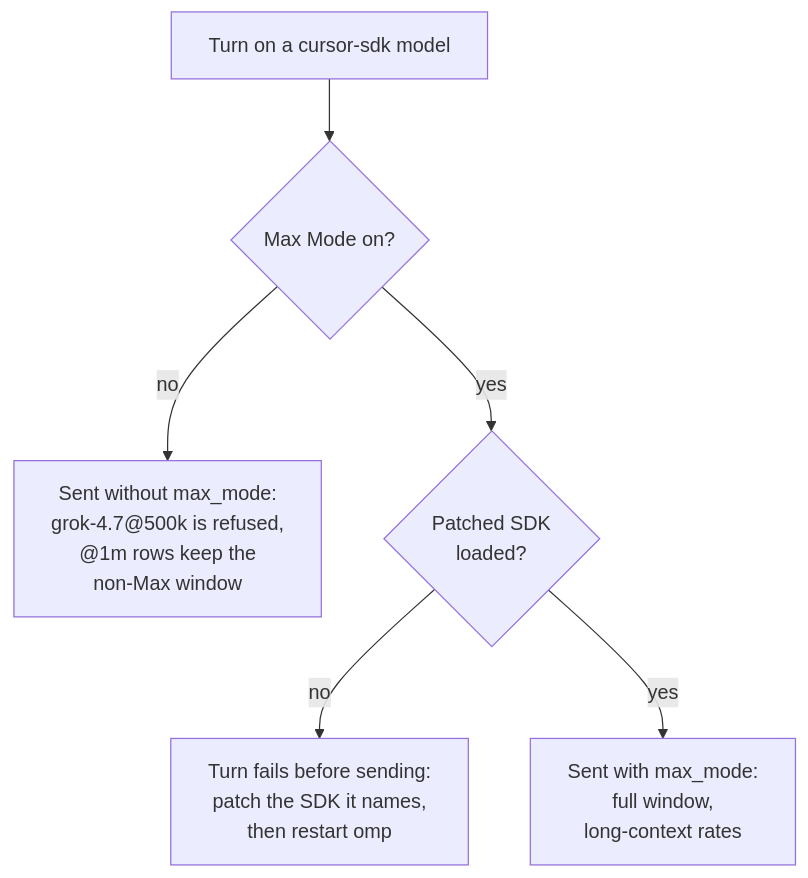
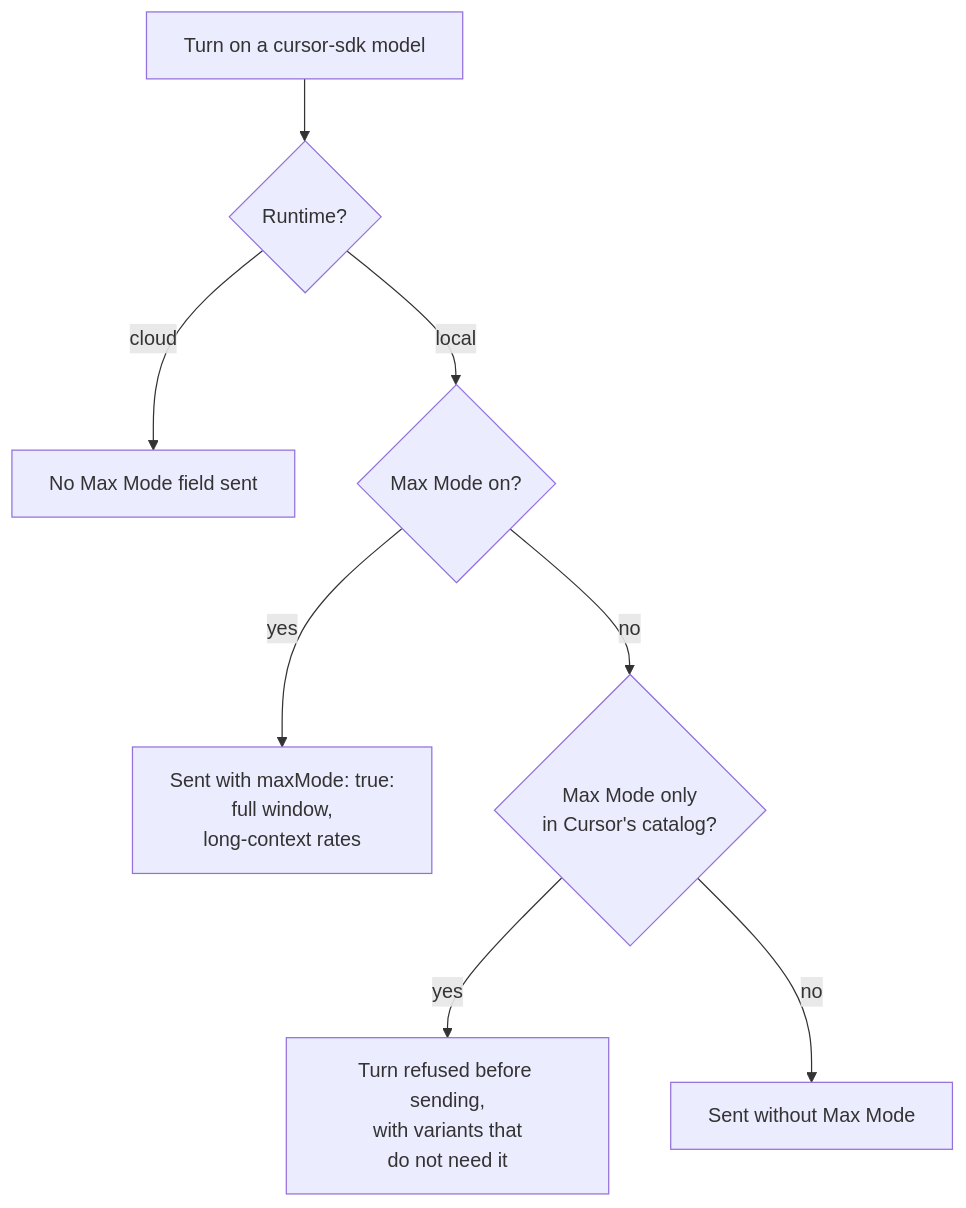
One commit to LoneExile/omp-cursor-sdk changed the second of 2 diagrams in README.md. Above: the diagram before and after it, drawn with Mermaid. The commit also changed other lines of this file and 59 other files, not shown here.

````diff
--- a/README.md
+++ b/README.md
@@ -99,8 +104,10 @@
 ```mermaid
 flowchart TD
-  turn["Turn on a cursor-sdk model"] --> on{"Max Mode on?"}
-  on -->|"no"| plain["Sent without max_mode:<br/>grok-4.7@500k is refused,<br/>@1m rows keep the<br/>non-Max window"]
-  on -->|"yes"| patched{"Patched SDK<br/>loaded?"}
-  patched -->|"no"| fail["Turn fails before sending:<br/>patch the SDK it names,<br/>then restart omp"]
-  patched -->|"yes"| max["Sent with max_mode:<br/>full window,<br/>long-context rates"]
+  turn["Turn on a cursor-sdk model"] --> rt{"Runtime?"}
+  rt -->|"cloud"| cloud["No Max Mode field sent"]
+  rt -->|"local"| on{"Max Mode on?"}
+  on -->|"yes"| max["Sent with maxMode: true:<br/>full window,<br/>long-context rates"]
+  on -->|"no"| catalog{"Max Mode only<br/>in Cursor's catalog?"}
+  catalog -->|"yes"| refused["Turn refused before sending,<br/>with variants that<br/>do not need it"]
+  catalog -->|"no"| plain["Sent without Max Mode"]
 ```
````
